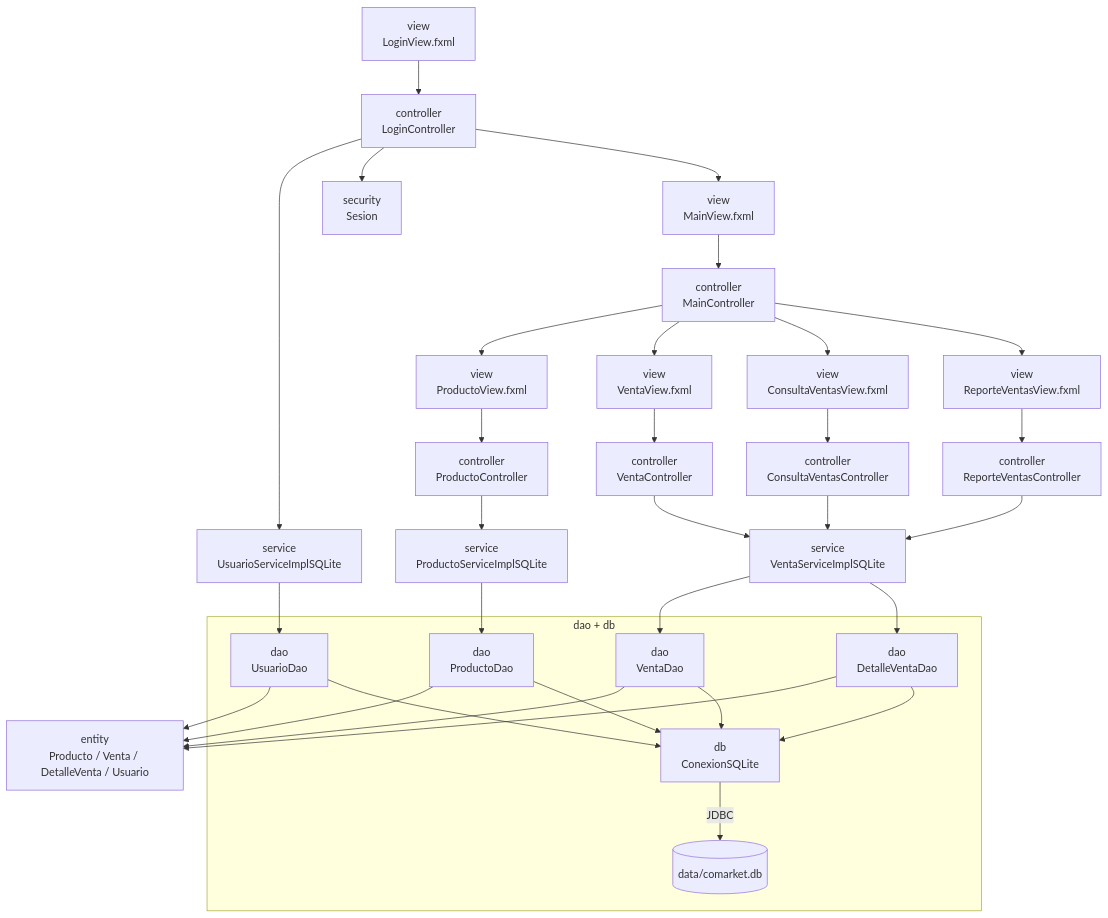
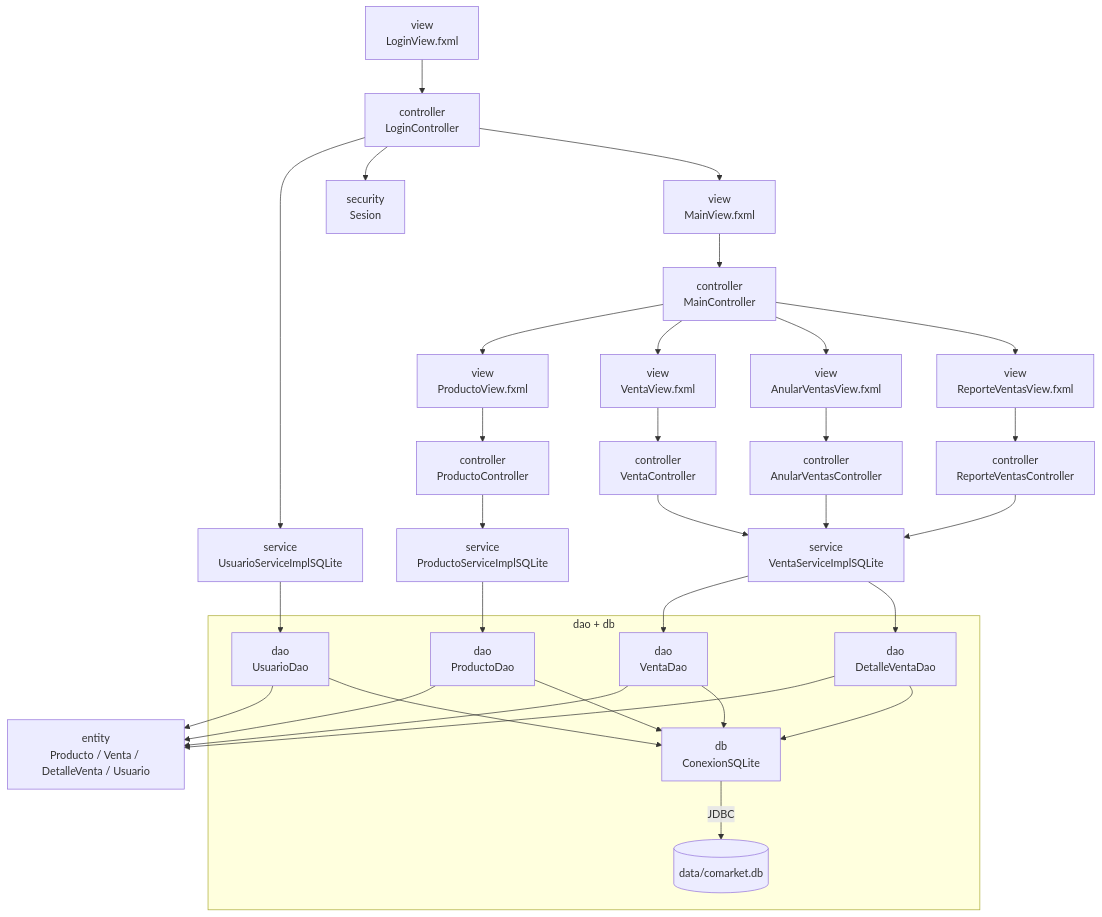
One commit to 262poo/comarket changed the diagram in docs/S12_Evaluacion_Unidad_2.md. Above: the diagram before and after it, drawn with Mermaid. The commit also changed other lines of this file and 7 other files, not shown here.

````diff
--- a/docs/S12_Evaluacion_Unidad_2.md
+++ b/docs/S12_Evaluacion_Unidad_2.md
@@ -53,69 +53,69 @@
 ```mermaid
 flowchart TB
     LoginView["view<br/>LoginView.fxml"]
     MainView["view<br/>MainView.fxml"]
     ProductoView["view<br/>ProductoView.fxml"]
     VentaView["view<br/>VentaView.fxml"]
-    ConsultaView["view<br/>ConsultaVentasView.fxml"]
+    AnularVentasView["view<br/>AnularVentasView.fxml"]
     ReporteView["view<br/>ReporteVentasView.fxml"]
 
     LoginController["controller<br/>LoginController"]
     MainController["controller<br/>MainController"]
     ProductoController["controller<br/>ProductoController"]
     VentaController["controller<br/>VentaController"]
-    ConsultaController["controller<br/>ConsultaVentasController"]
+    AnularVentasController["controller<br/>AnularVentasController"]
     ReporteController["controller<br/>ReporteVentasController"]
 
     ProductoService["service<br/>ProductoServiceImplSQLite"]
     VentaService["service<br/>VentaServiceImplSQLite"]
     UsuarioService["service<br/>UsuarioServiceImplSQLite"]
     Sesion["security<br/>Sesion"]
 
     subgraph Persistencia["dao + db"]
         ProductoDAO["dao<br/>ProductoDao"]
         VentaDAO["dao<br/>VentaDao"]
         DetalleDAO["dao<br/>DetalleVentaDao"]
         UsuarioDAO["dao<br/>UsuarioDao"]
         Conexion["db<br/>ConexionSQLite"]
         SQLite[("data/comarket.db")]
     end
 
     Entidades["entity<br/>Producto / Venta / DetalleVenta / Usuario"]
 
     LoginView --> LoginController
     LoginController --> UsuarioService
     LoginController --> Sesion
     LoginController --> MainView
 
     MainView --> MainController
     MainController --> ProductoView
     MainController --> VentaView
-    MainController --> ConsultaView
+    MainController --> AnularVentasView
     MainController --> ReporteView
 
     ProductoView --> ProductoController
     VentaView --> VentaController
-    ConsultaView --> ConsultaController
+    AnularVentasView --> AnularVentasController
     ReporteView --> ReporteController
 
     ProductoController --> ProductoService
     VentaController --> VentaService
-    ConsultaController --> VentaService
+    AnularVentasController --> VentaService
     ReporteController --> VentaService
 
     UsuarioService --> UsuarioDAO
     ProductoService --> ProductoDAO
     VentaService --> VentaDAO
     VentaService --> DetalleDAO
 
     ProductoDAO --> Entidades
     VentaDAO --> Entidades
     DetalleDAO --> Entidades
     UsuarioDAO --> Entidades
 
     UsuarioDAO --> Conexion
     ProductoDAO --> Conexion
     VentaDAO --> Conexion
     DetalleDAO --> Conexion
     Conexion -->|"JDBC"| SQLite
 ```
````
